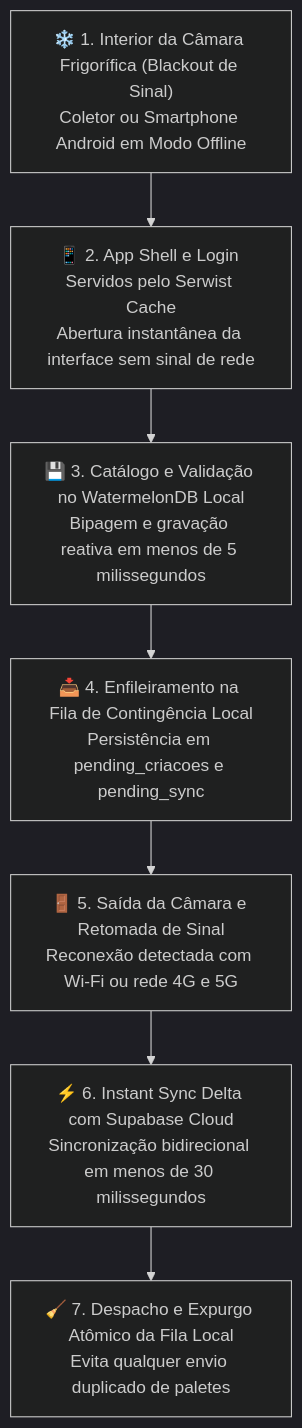
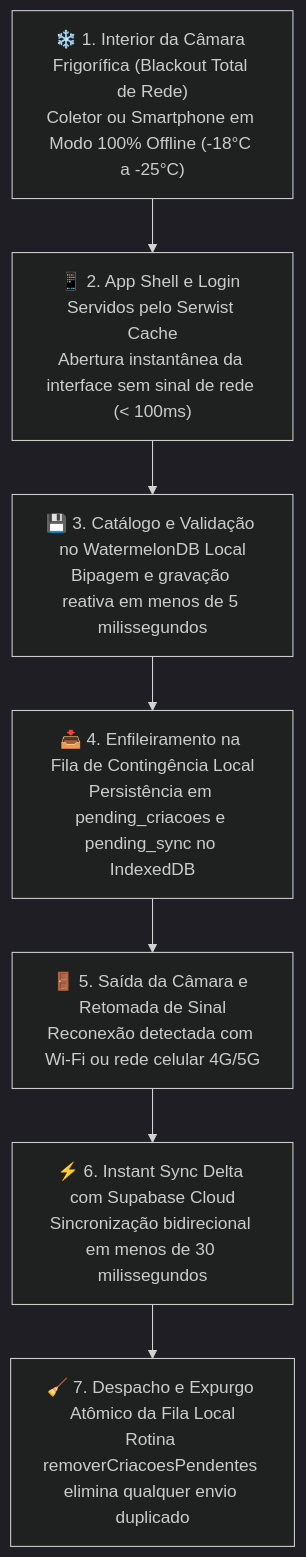
One commit to NaejBarbosa/paletscan-etl changed the first of 4 diagrams in docs/pwa-service-worker.md. Above: the diagram before and after it, drawn with Mermaid (dark theme). The commit also changed other lines of this file and 5 other files, not shown here.

Commit message:
docs(pwa): atualizar documentação com RLS Supabase, restrição de marcas, RBAC multi-filial e diagramas verticais

````diff
--- a/docs/pwa-service-worker.md
+++ b/docs/pwa-service-worker.md
@@ -9,16 +11,16 @@
 ```mermaid
 flowchart TD
-    A1["❄️ 1. Interior da Câmara Frigorífica (Blackout de Sinal)\nColetor ou Smartphone Android em Modo Offline"]
+    A1["❄️ 1. Interior da Câmara Frigorífica (Blackout Total de Rede)\nColetor ou Smartphone em Modo 100% Offline (-18°C a -25°C)"]
     
-    A1 --> A2["📱 2. App Shell e Login Servidos pelo Serwist Cache\nAbertura instantânea da interface sem sinal de rede"]
+    A1 --> A2["📱 2. App Shell e Login Servidos pelo Serwist Cache\nAbertura instantânea da interface sem sinal de rede (< 100ms)"]
     
     A2 --> A3["💾 3. Catálogo e Validação no WatermelonDB Local\nBipagem e gravação reativa em menos de 5 milissegundos"]
     
-    A3 --> A4["📥 4. Enfileiramento na Fila de Contingência Local\nPersistência em pending_criacoes e pending_sync"]
+    A3 --> A4["📥 4. Enfileiramento na Fila de Contingência Local\nPersistência em pending_criacoes e pending_sync no IndexedDB"]
     
-    A4 --> B1["🚪 5. Saída da Câmara e Retomada de Sinal\nReconexão detectada com Wi-Fi ou rede 4G e 5G"]
+    A4 --> B1["🚪 5. Saída da Câmara e Retomada de Sinal\nReconexão detectada com Wi-Fi ou rede celular 4G/5G"]
     
     B1 --> B2["⚡ 6. Instant Sync Delta com Supabase Cloud\nSincronização bidirecional em menos de 30 milissegundos"]
     
-    B2 --> B3["🧹 7. Despacho e Expurgo Atômico da Fila Local\nEvita qualquer envio duplicado de paletes"]
+    B2 --> B3["🧹 7. Despacho e Expurgo Atômico da Fila Local\nRotina removerCriacoesPendentes elimina qualquer envio duplicado"]
 ```
````
